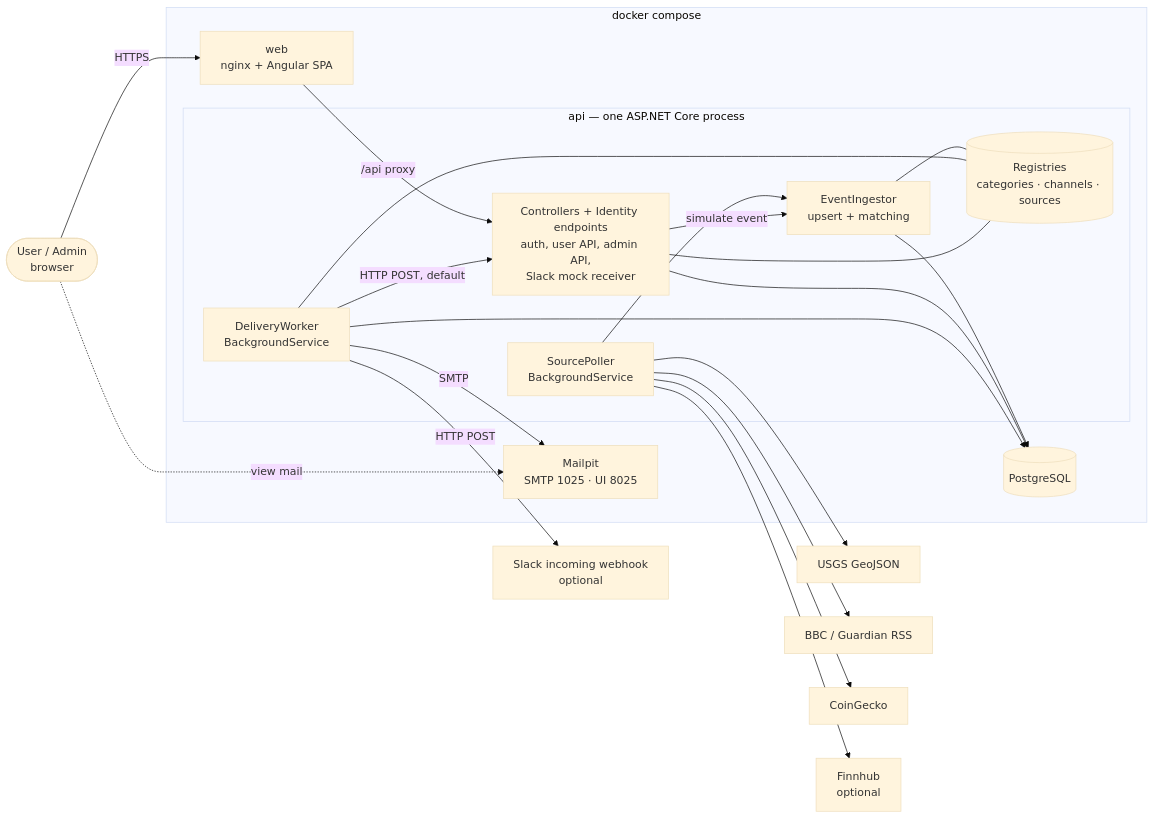
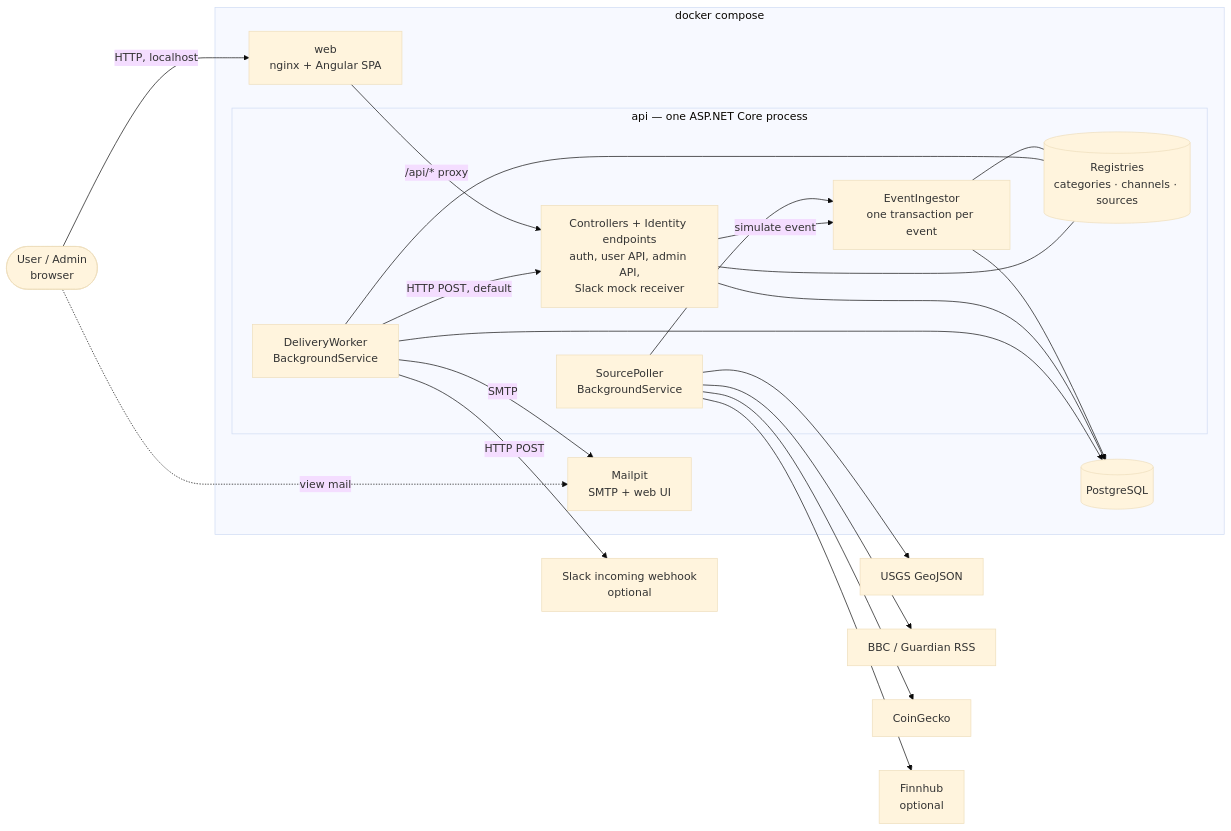
The first of 3 diagrams in docs/architecture.md (kdieselm/sonrisa), drawn with Mermaid (base theme) before and after one commit. The commit also changed other lines of this file and 4 other files, not shown here.

First line of the commit message:
docs: architecture and ADRs

````diff
--- a/docs/architecture.md
+++ b/docs/architecture.md
@@ -10,37 +10,37 @@
 ```mermaid
 flowchart LR
     user([User / Admin<br/>browser])
 
     subgraph compose[docker compose]
         web[web<br/>nginx + Angular SPA]
         subgraph api[api — one ASP.NET Core process]
             endpoints[Controllers + Identity endpoints<br/>auth, user API, admin API,<br/>Slack mock receiver]
             poller[SourcePoller<br/>BackgroundService]
-            ingest[EventIngestor<br/>upsert + matching]
+            ingest[EventIngestor<br/>one transaction per event]
             worker[DeliveryWorker<br/>BackgroundService]
             registries[(Registries<br/>categories · channels · sources)]
         end
         db[(PostgreSQL)]
-        mailpit[Mailpit<br/>SMTP 1025 · UI 8025]
+        mailpit[Mailpit<br/>SMTP + web UI]
     end
 
     usgs[USGS GeoJSON]
     rss[BBC / Guardian RSS]
     cg[CoinGecko]
     fh[Finnhub<br/>optional]
     slack[Slack incoming webhook<br/>optional]
 
-    user -->|HTTPS| web
-    web -->|/api proxy| endpoints
+    user -->|HTTP, localhost| web
+    web -->|/api/* proxy| endpoints
     user -.->|view mail| mailpit
     poller --> usgs & rss & cg & fh
     poller --> ingest
     endpoints -->|simulate event| ingest
     ingest --> db
     endpoints --> db
     worker --> db
     worker -->|SMTP| mailpit
     worker -->|HTTP POST| slack
     worker -->|HTTP POST, default| endpoints
     ingest & worker & endpoints --- registries
 ```
````
